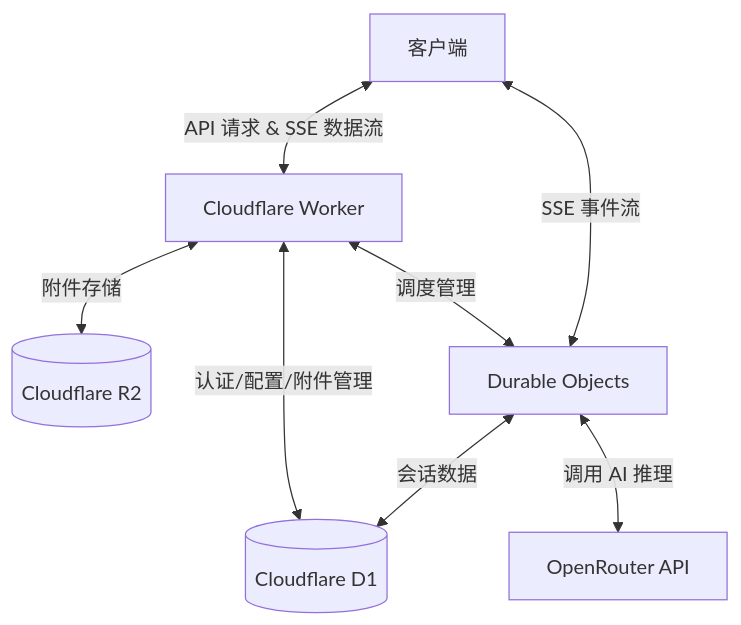
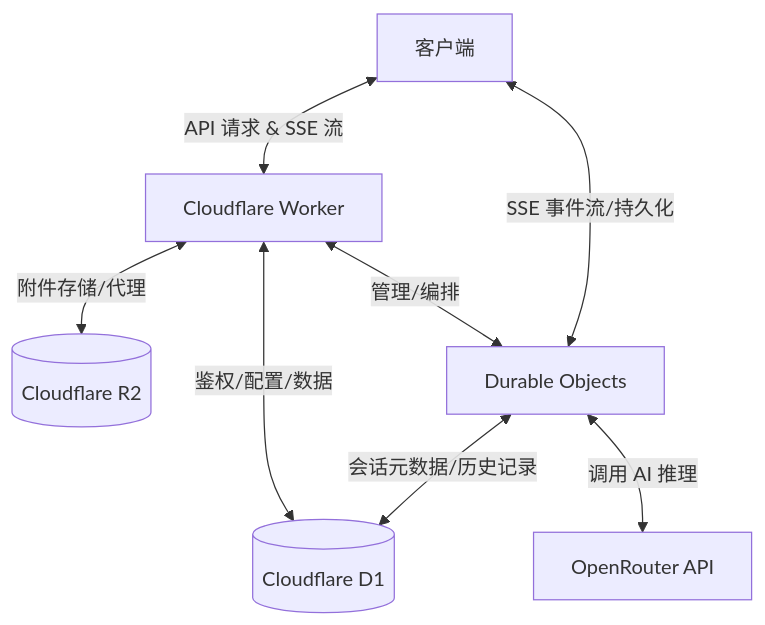
The diagram in README-cn.md (zhaozhuoran/arona-chat-open), drawn with Mermaid before and after one commit. The commit also changed other lines of this file and 1 other file, not shown here.

````diff
--- a/README-cn.md
+++ b/README-cn.md
@@ -17,14 +13,12 @@
 ```mermaid
 graph TD
-    Client[客户端] <-->|API 请求 & SSE 数据流| Worker[Cloudflare Worker]
+    Client[客户端] <-->|API 请求 & SSE 流| Worker[Cloudflare Worker]
 
-    %% Worker 交互路径
-    Worker <-->|认证/配置/附件管理| D1[(Cloudflare D1)]
-    Worker <-->|附件存储| R2[(Cloudflare R2)]
-    Worker <-->|调度管理| DO[Durable Objects]
+    Worker <-->|鉴权/配置/数据| D1[(Cloudflare D1)]
+    Worker <-->|附件存储/代理| R2[(Cloudflare R2)]
+    Worker <-->|管理/编排| DO[Durable Objects]
 
-    %% DO 交互路径
-    DO <-->|SSE 事件流| Client
-    DO <-->|会话数据| D1
+    DO <-->|SSE 事件流/持久化| Client
+    DO <-->|会话元数据/历史记录| D1
     DO <-->|调用 AI 推理| API[OpenRouter API]
 ```
````
